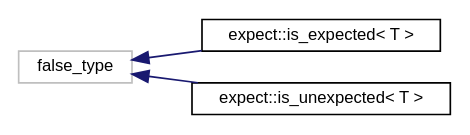
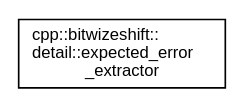
The diagram in api/latest/inherit_graph_6.dot (bitwizeshift/result), drawn with Graphviz before and after one commit. The commit also changed 319 other files, not shown here.

```diff
--- a/api/latest/inherit_graph_6.dot
+++ b/api/latest/inherit_graph_6.dot
@@ -1,11 +1,7 @@
 digraph "Graphical Class Hierarchy"
 {
   edge [fontname="Helvetica",fontsize="10",labelfontname="Helvetica",labelfontsize="10"];
   node [fontname="Helvetica",fontsize="10",shape=record];
   rankdir="LR";
-  Node8 [label="false_type",height=0.2,width=0.4,color="grey75", fillcolor="white", style="filled"];
-  Node8 -> Node0 [dir="back",color="midnightblue",fontsize="10",style="solid",fontname="Helvetica"];
-  Node0 [label="expect::is_expected\< T \>",height=0.2,width=0.4,color="black", fillcolor="white", style="filled",URL="$d6/d81/structexpect_1_1is__expected.html"];
-  Node8 -> Node10 [dir="back",color="midnightblue",fontsize="10",style="solid",fontname="Helvetica"];
-  Node10 [label="expect::is_unexpected\< T \>",height=0.2,width=0.4,color="black", fillcolor="white", style="filled",URL="$d9/de2/structexpect_1_1is__unexpected.html"];
+  Node0 [label="cpp::bitwizeshift::\ldetail::expected_error\l_extractor",height=0.2,width=0.4,color="black", fillcolor="white", style="filled",URL="$d4/d3c/structcpp_1_1bitwizeshift_1_1detail_1_1expected__error__extractor.html"];
 }
```
